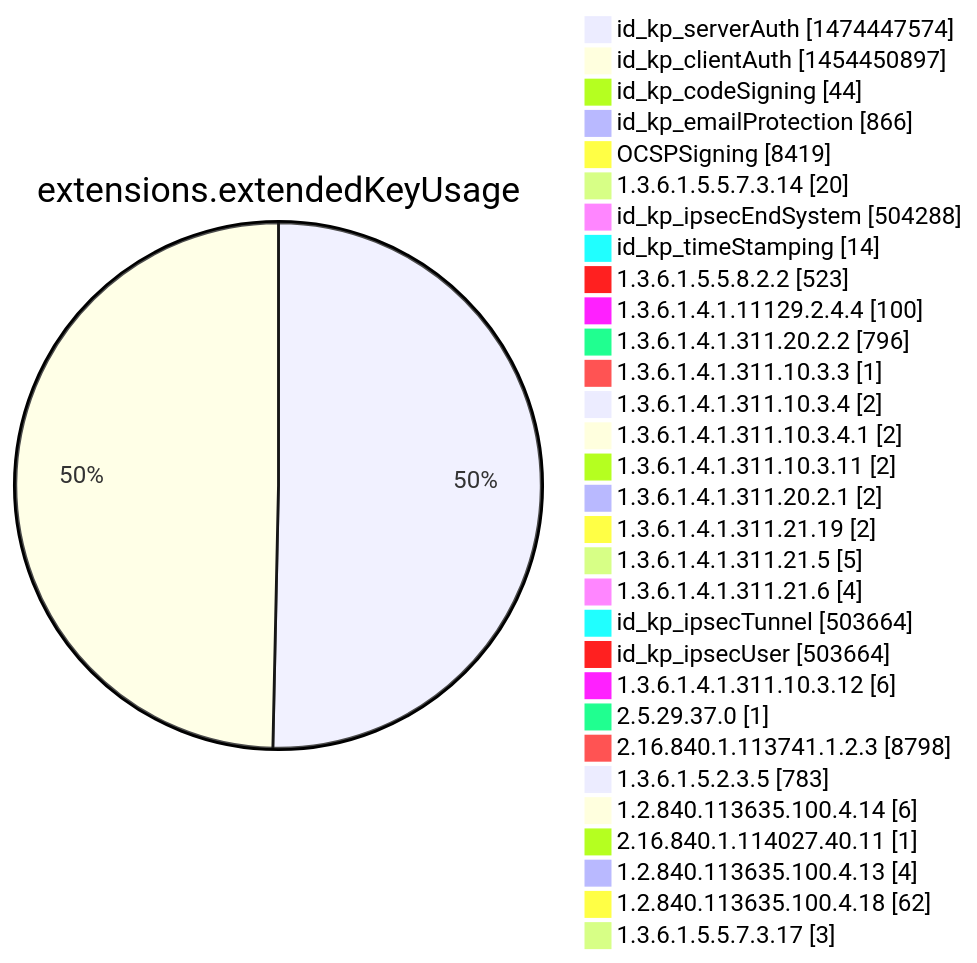
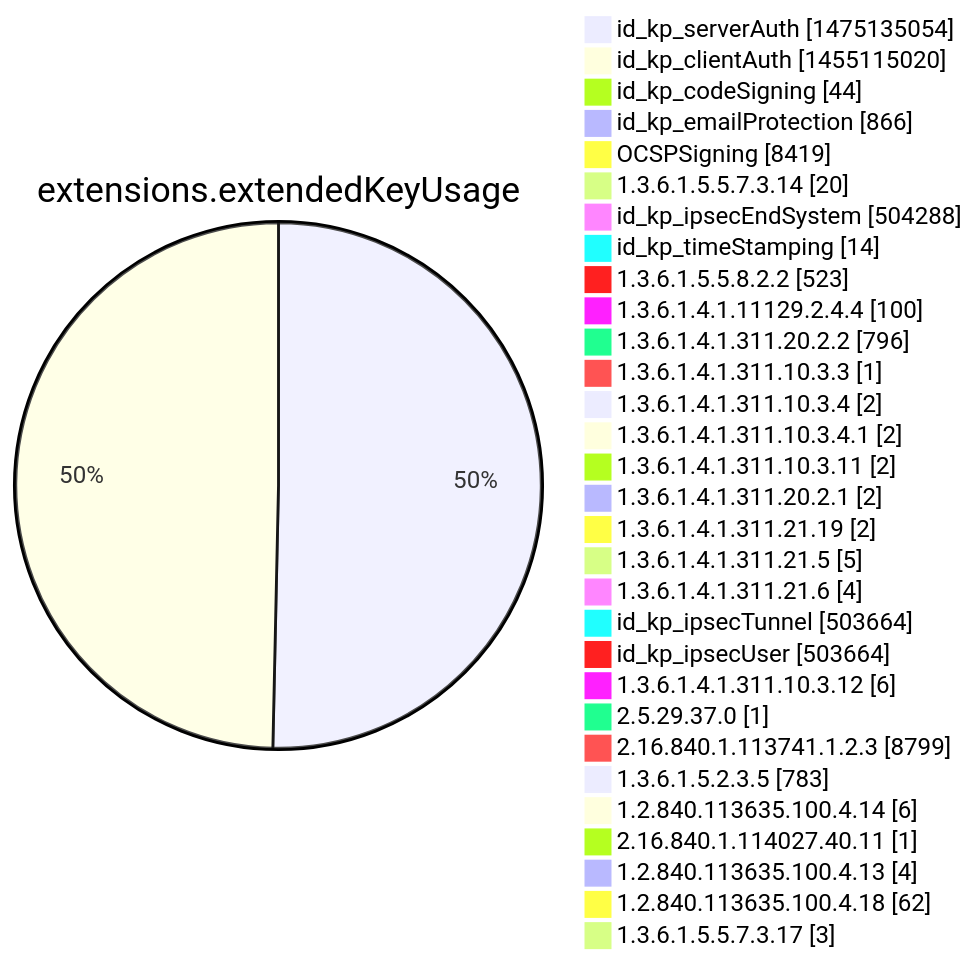
Before and after one commit to christiankrug/ctmonitor_visualization: diagram 12 of 15 in argon2022/README.md, drawn with Mermaid. The commit also changed other lines of this file, not shown here.

````diff
--- a/argon2022/README.md
+++ b/argon2022/README.md
@@ -3555,34 +3555,34 @@
 ```mermaid
 pie showData
 title extensions.extendedKeyUsage
-"id_kp_serverAuth" :1474447574
-"id_kp_clientAuth" :1454450897
+"id_kp_serverAuth" :1475135054
+"id_kp_clientAuth" :1455115020
 "id_kp_codeSigning" :44
 "id_kp_emailProtection" :866
 "OCSPSigning" :8419
 "1.3.6.1.5.5.7.3.14" :20
 "id_kp_ipsecEndSystem" :504288
 "id_kp_timeStamping" :14
 "1.3.6.1.5.5.8.2.2" :523
 "1.3.6.1.4.1.11129.2.4.4" :100
 "1.3.6.1.4.1.311.20.2.2" :796
 "1.3.6.1.4.1.311.10.3.3" :1
 "1.3.6.1.4.1.311.10.3.4" :2
 "1.3.6.1.4.1.311.10.3.4.1" :2
 "1.3.6.1.4.1.311.10.3.11" :2
 "1.3.6.1.4.1.311.20.2.1" :2
 "1.3.6.1.4.1.311.21.19" :2
 "1.3.6.1.4.1.311.21.5" :5
 "1.3.6.1.4.1.311.21.6" :4
 "id_kp_ipsecTunnel" :503664
 "id_kp_ipsecUser" :503664
 "1.3.6.1.4.1.311.10.3.12" :6
 "2.5.29.37.0" :1
-"2.16.840.1.113741.1.2.3" :8798
+"2.16.840.1.113741.1.2.3" :8799
 "1.3.6.1.5.2.3.5" :783
 "1.2.840.113635.100.4.14" :6
 "2.16.840.1.114027.40.11" :1
 "1.2.840.113635.100.4.13" :4
 "1.2.840.113635.100.4.18" :62
 "1.3.6.1.5.5.7.3.17" :3
 ```
````
